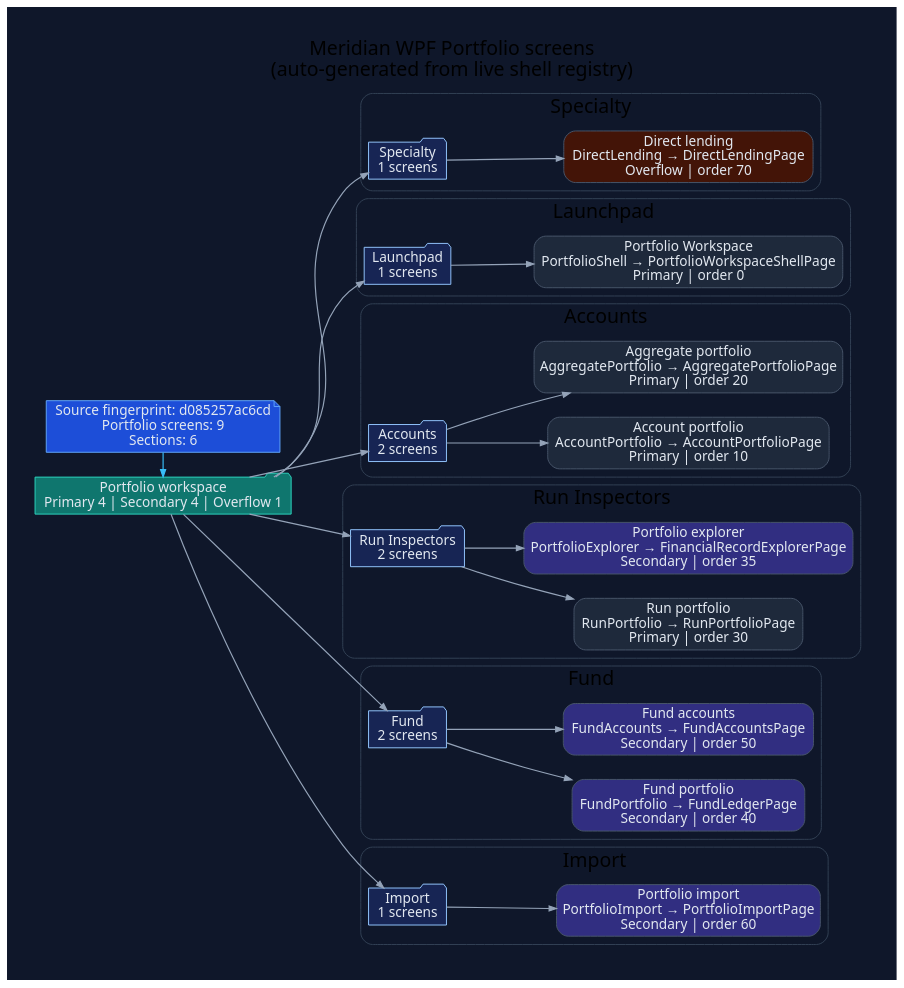
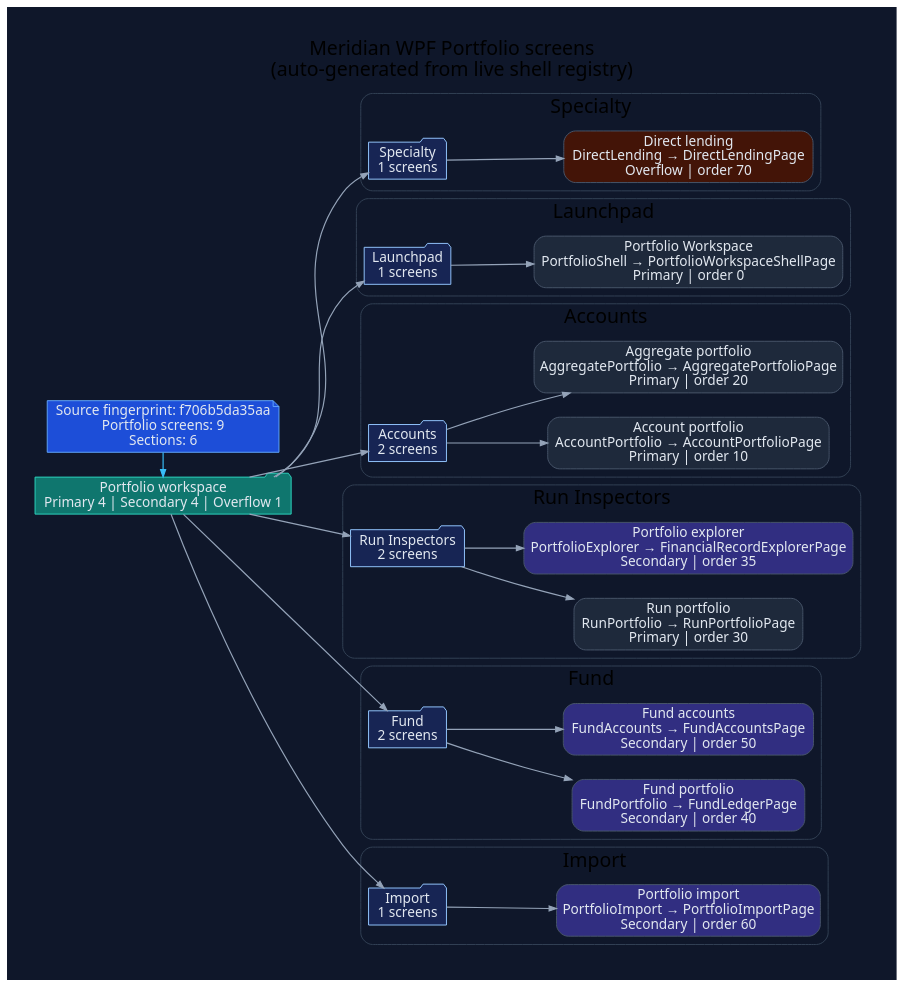
One commit to rodoHasArrived/Meridian-main changed the diagram in docs/diagrams/ui-wpf-screens-portfolio.dot. Above: the diagram before and after it, drawn with Graphviz. The commit also changed 430 other files, not shown here.

```diff
--- a/docs/diagrams/ui-wpf-screens-portfolio.dot
+++ b/docs/diagrams/ui-wpf-screens-portfolio.dot
@@ -1,92 +1,92 @@
 // -----------------------------------------------------------------------------
 // <auto-generated>
 // Generated by scripts/generate-diagrams.mjs.
 // Do not edit this file directly; update the WPF source files instead.
 // -----------------------------------------------------------------------------
 digraph WpfPortfolioScreens {
   graph [
     rankdir=LR,
     labelloc=t,
     label="Meridian WPF Portfolio screens\n(auto-generated from live shell registry)",
     fontname="Segoe UI",
     fontsize=20,
     pad=0.4,
     nodesep=0.35,
     ranksep=0.85,
     bgcolor="#0f172a"
   ];
   node [fontname="Segoe UI", shape=box, style="rounded,filled", color="#475569", fontcolor="#e2e8f0", fillcolor="#1e293b"];
   edge [fontname="Segoe UI", color="#94a3b8", penwidth=1.2, arrowsize=0.75];
 
-  generated [shape=note, fillcolor="#1d4ed8", color="#60a5fa", label="Source fingerprint: d085257ac6cd\nPortfolio screens: 9\nSections: 6"];
+  generated [shape=note, fillcolor="#1d4ed8", color="#60a5fa", label="Source fingerprint: f706b5da35aa\nPortfolio screens: 9\nSections: 6"];
   workspace [shape=folder, fillcolor="#0f766e", color="#2dd4bf", label="Portfolio workspace\nPrimary 4 | Secondary 4 | Overflow 1"];
   generated -> workspace [color="#38bdf8"];
 
   subgraph cluster_section_1 {
     label="Specialty";
     color="#334155";
     style="rounded";
     section_1 [shape=folder, fillcolor="#172554", color="#93c5fd", label="Specialty\n1 screens"];
     workspace -> section_1;
     screen_DirectLending [fillcolor="#431407", label="Direct lending\nDirectLending → DirectLendingPage\nOverflow | order 70"];
     section_1 -> screen_DirectLending;
   }
 
   subgraph cluster_section_2 {
     label="Launchpad";
     color="#334155";
     style="rounded";
     section_2 [shape=folder, fillcolor="#172554", color="#93c5fd", label="Launchpad\n1 screens"];
     workspace -> section_2;
     screen_PortfolioShell [fillcolor="#1e293b", label="Portfolio Workspace\nPortfolioShell → PortfolioWorkspaceShellPage\nPrimary | order 0"];
     section_2 -> screen_PortfolioShell;
   }
 
   subgraph cluster_section_3 {
     label="Accounts";
     color="#334155";
     style="rounded";
     section_3 [shape=folder, fillcolor="#172554", color="#93c5fd", label="Accounts\n2 screens"];
     workspace -> section_3;
     screen_AccountPortfolio [fillcolor="#1e293b", label="Account portfolio\nAccountPortfolio → AccountPortfolioPage\nPrimary | order 10"];
     section_3 -> screen_AccountPortfolio;
     screen_AggregatePortfolio [fillcolor="#1e293b", label="Aggregate portfolio\nAggregatePortfolio → AggregatePortfolioPage\nPrimary | order 20"];
     section_3 -> screen_AggregatePortfolio;
   }
 
   subgraph cluster_section_4 {
     label="Run Inspectors";
     color="#334155";
     style="rounded";
     section_4 [shape=folder, fillcolor="#172554", color="#93c5fd", label="Run Inspectors\n2 screens"];
     workspace -> section_4;
     screen_RunPortfolio [fillcolor="#1e293b", label="Run portfolio\nRunPortfolio → RunPortfolioPage\nPrimary | order 30"];
     section_4 -> screen_RunPortfolio;
     screen_PortfolioExplorer [fillcolor="#312e81", label="Portfolio explorer\nPortfolioExplorer → FinancialRecordExplorerPage\nSecondary | order 35"];
     section_4 -> screen_PortfolioExplorer;
   }
 
   subgraph cluster_section_5 {
     label="Fund";
     color="#334155";
     style="rounded";
     section_5 [shape=folder, fillcolor="#172554", color="#93c5fd", label="Fund\n2 screens"];
     workspace -> section_5;
     screen_FundPortfolio [fillcolor="#312e81", label="Fund portfolio\nFundPortfolio → FundLedgerPage\nSecondary | order 40"];
     section_5 -> screen_FundPortfolio;
     screen_FundAccounts [fillcolor="#312e81", label="Fund accounts\nFundAccounts → FundAccountsPage\nSecondary | order 50"];
     section_5 -> screen_FundAccounts;
   }
 
   subgraph cluster_section_6 {
     label="Import";
     color="#334155";
     style="rounded";
     section_6 [shape=folder, fillcolor="#172554", color="#93c5fd", label="Import\n1 screens"];
     workspace -> section_6;
     screen_PortfolioImport [fillcolor="#312e81", label="Portfolio import\nPortfolioImport → PortfolioImportPage\nSecondary | order 60"];
     section_6 -> screen_PortfolioImport;
   }
 
   { rank=min; generated; workspace; }
 }
```
